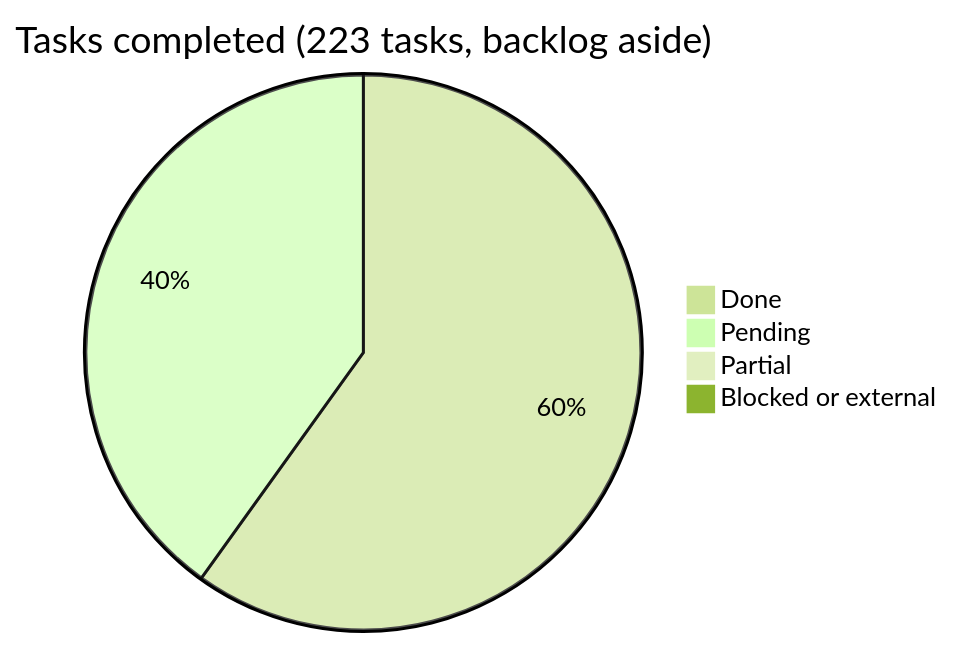
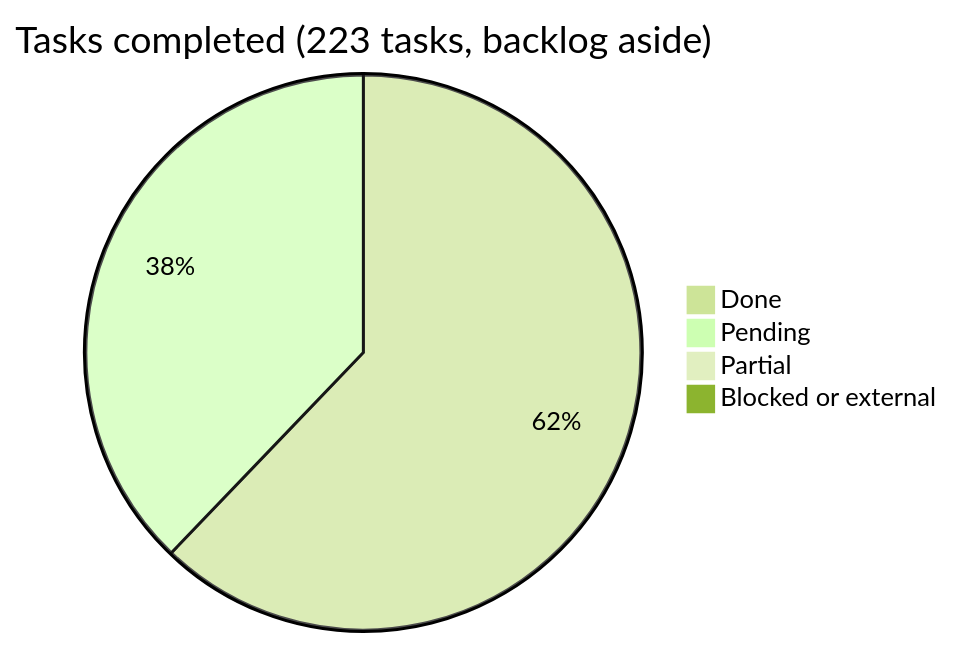
The diagram in docs/roadmap/README.md (araguaney-lat/araguaney-app), drawn with Mermaid (forest theme) before and after one commit. The commit also changed other lines of this file and 8 other files, not shown here.

````diff
--- a/docs/roadmap/README.md
+++ b/docs/roadmap/README.md
@@ -38,7 +38,7 @@
 ```mermaid
 pie title Tasks completed (223 tasks, backlog aside)
-    "Done" : 133
-    "Pending" : 89
+    "Done" : 138
+    "Pending" : 84
     "Partial" : 1
     "Blocked or external" : 0
 ```
````
